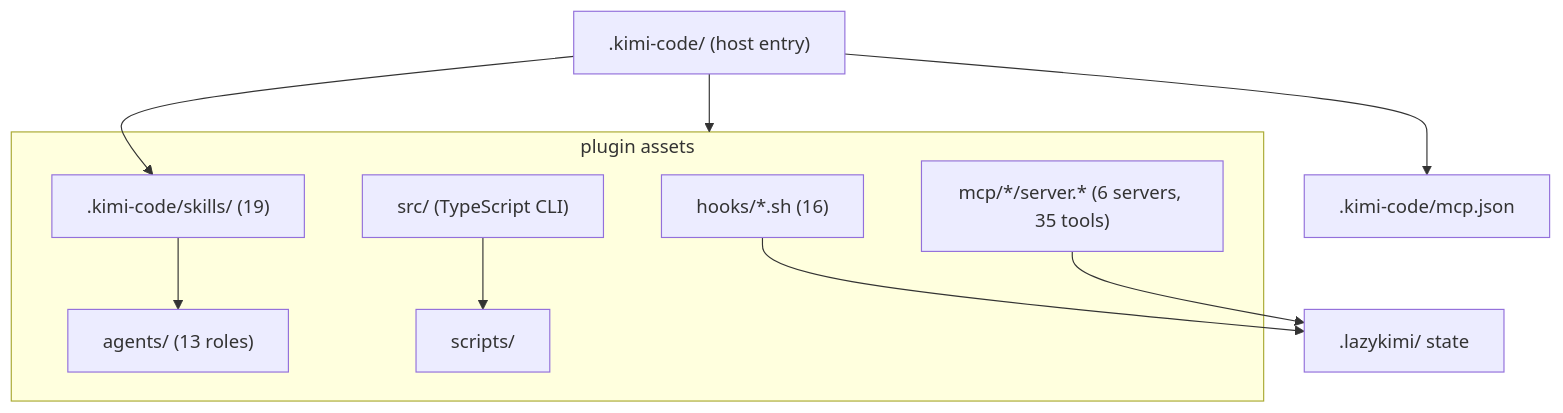
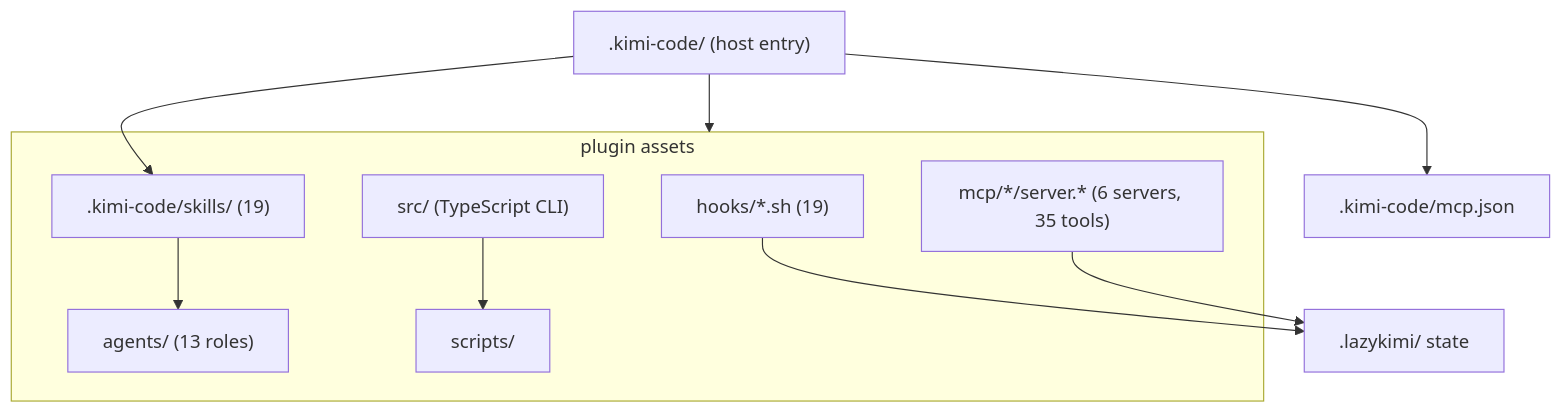
The diagram in docs/07-package-map.md (elvinzhao10/LazyKimi), drawn with Mermaid before and after one commit. The commit also changed other lines of this file and 46 other files, not shown here.

````diff
--- a/docs/07-package-map.md
+++ b/docs/07-package-map.md
@@ -7,18 +7,18 @@
 ```mermaid
 flowchart TB
     KCDot[".kimi-code/ (host entry)"] --> Assets
     subgraph Assets["plugin assets"]
       Skills[".kimi-code/skills/ (19)"]
       Agents["agents/ (13 roles)"]
-      HookScripts["hooks/*.sh (16)"]
+      HookScripts["hooks/*.sh (19)"]
       MCP["mcp/*/server.* (6 servers, 35 tools)"]
       CLI["src/ (TypeScript CLI)"]
       Scripts["scripts/"]
     end
     KCDot --> Skills
     KCDot --> MCPDecl[".kimi-code/mcp.json"]
     Skills --> Agents
     HookScripts --> State[".lazykimi/ state"]
     MCP --> State
     CLI --> Scripts
 ```
````
